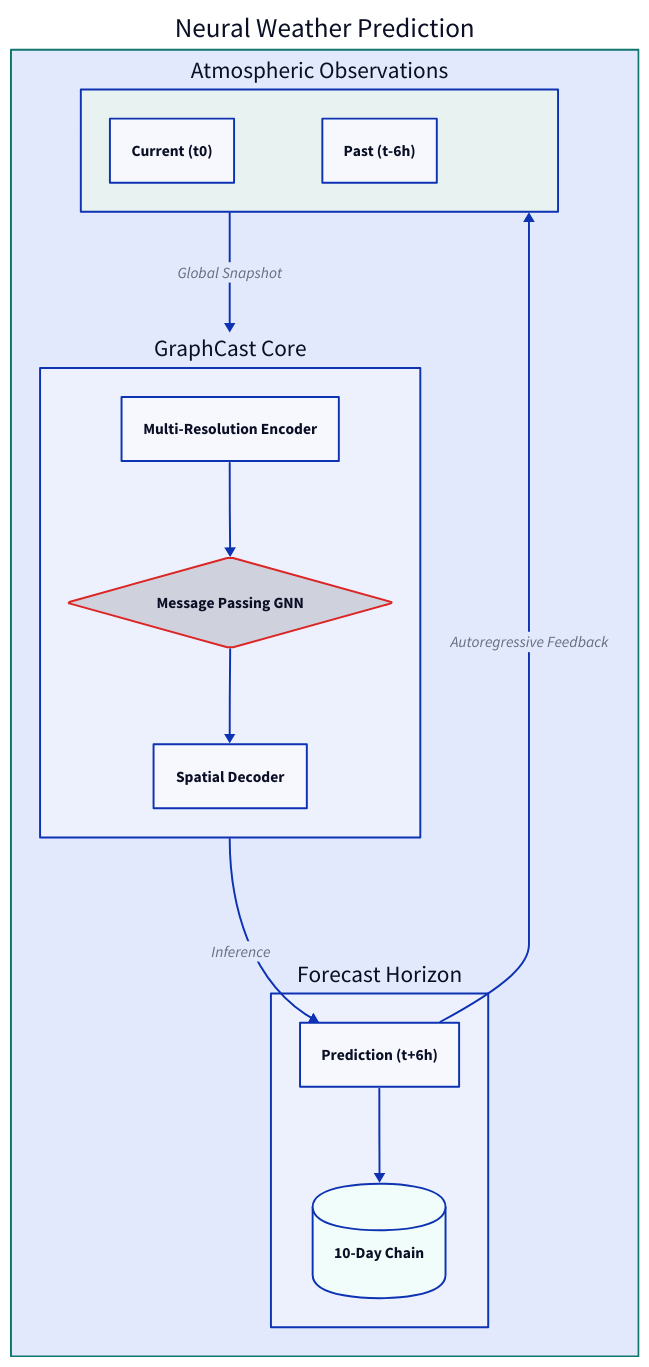
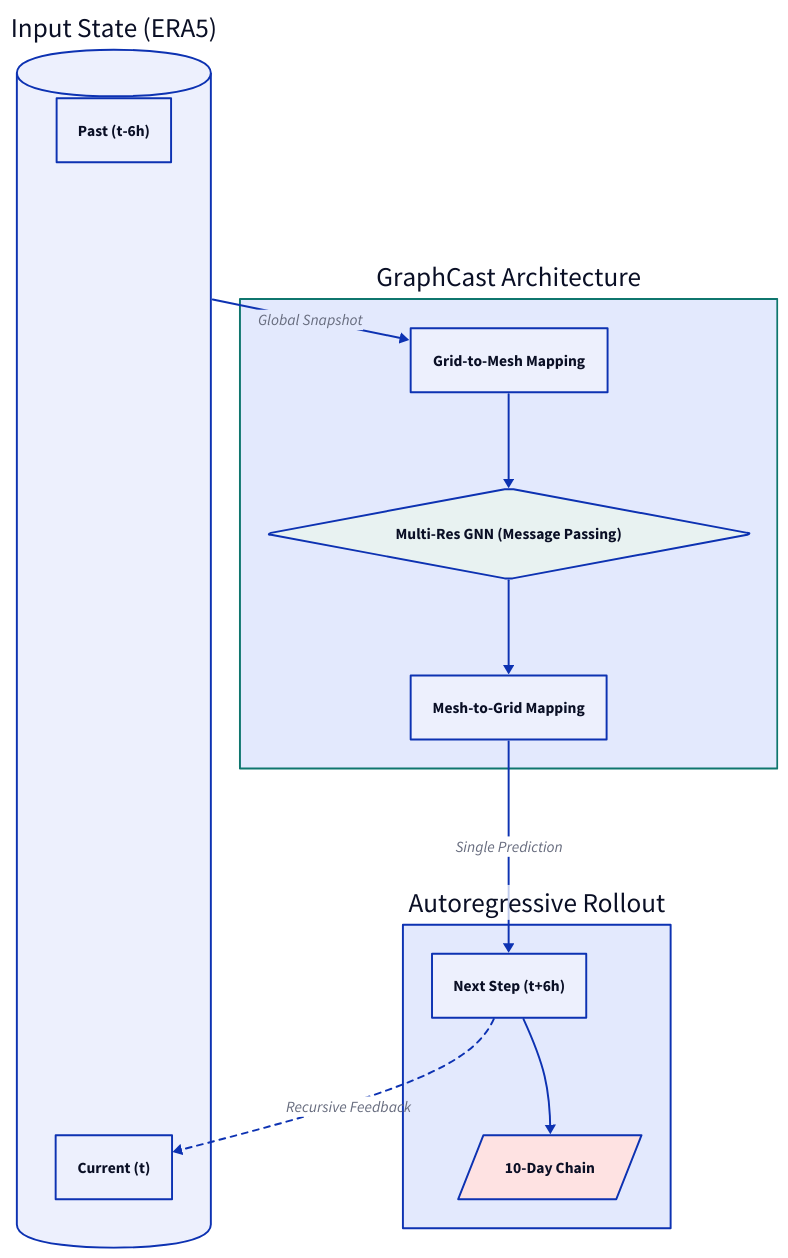
The diagram in content/articles/how-does-ai-predict-extreme-weather.md (s-chudmunge/eulerfold), drawn with D2 before and after one commit. The commit also changed other lines of this file and 45 other files, not shown here.

````diff
--- a/content/articles/how-does-ai-predict-extreme-weather.md
+++ b/content/articles/how-does-ai-predict-extreme-weather.md
@@ -42,41 +42,38 @@
 ```d2
 direction: down
 
-Forecasting_Pipeline: "Neural Weather Prediction" {
+Observations: "Input State (ERA5)" {
+  shape: cylinder
+  T0: "Current (t)"
+  T_Minus: "Past (t-6h)"
+}
+
+Engine: "GraphCast Architecture" {
   style: {
-    stroke: "#0F766E"
+    stroke: "#0f766e"
     stroke-width: 2
   }
-
-  Input_State: "Atmospheric Observations" {
-    Current: "Current (t0)"
-    Historical: "Past (t-6h)"
-    shape: rectangle
-    style: { fill: "#e8f2f1" }
+  Encoder: "Grid-to-Mesh Mapping"
+  Processor: "Multi-Res GNN (Message Passing)" {
+    shape: diamond
+    style: {fill: "#e8f2f1"}
   }
-
-  Processing: "GraphCast Core" {
-    Grid_to_Mesh: "Multi-Resolution Encoder"
-    Processor: "Message Passing GNN" {
-      shape: diamond
-      style: { stroke: "#dc2626" }
-    }
-    Mesh_to_Grid: "Spatial Decoder"
-    
-    Grid_to_Mesh -> Processor -> Mesh_to_Grid
-  }
-
-  Output: "Forecast Horizon" {
-    Step: "Prediction (t+6h)"
-    Rollout: "10-Day Chain" {
-      shape: cylinder
-      style: { fill: "#f0fdfa" }
-    }
-    Step -> Rollout
-  }
+  Decoder: "Mesh-to-Grid Mapping"
+  Encoder -> Processor -> Decoder
 }
 
-Forecasting_Pipeline.Input_State -> Forecasting_Pipeline.Processing: "Global Snapshot"
-Forecasting_Pipeline.Processing -> Forecasting_Pipeline.Output.Step: "Inference"
-Forecasting_Pipeline.Output.Step -> Forecasting_Pipeline.Input_State: "Autoregressive Feedback"
+Forecast: "Autoregressive Rollout" {
+  T_Plus: "Next Step (t+6h)" {shape: rectangle}
+  Horizon: "10-Day Chain" {
+    shape: parallelogram
+    style: {fill: "#fee2e2"}
+  }
+  T_Plus -> Horizon
+}
+
+Observations -> Engine.Encoder: "Global Snapshot"
+Engine.Decoder -> Forecast.T_Plus: "Single Prediction"
+Forecast.T_Plus -> Observations.T0: "Recursive Feedback" {
+  style: {stroke-dash: 3}
+}
 ```
````
